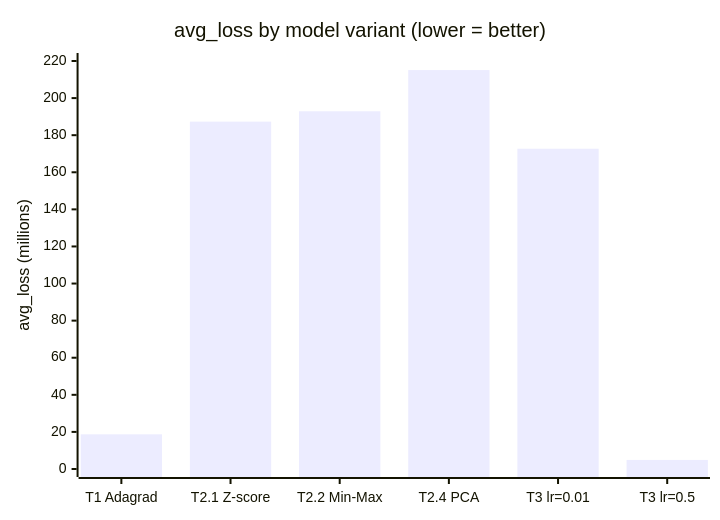
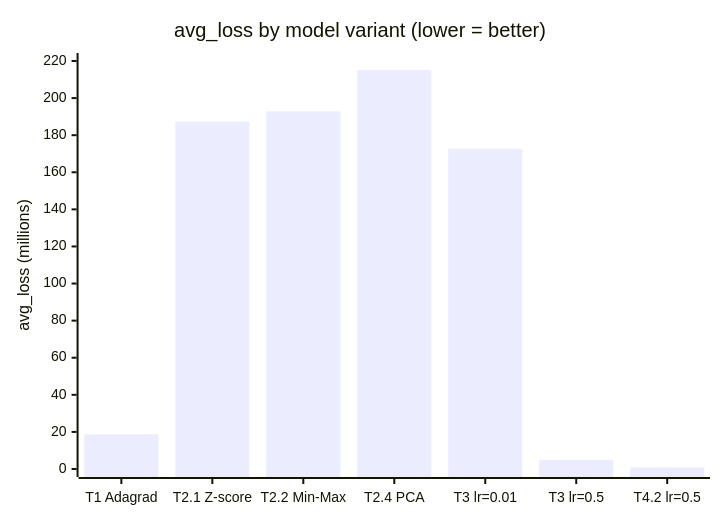
Before and after one commit to lfariabr/masters-swe-ai: the second of 2 diagrams in 2026-T1/ISY/assignments/Assessment2/ReportDraft.md, drawn with Mermaid. The commit also changed other lines of this file and 4 other files, not shown here.

````diff
--- a/2026-T1/ISY/assignments/Assessment2/ReportDraft.md
+++ b/2026-T1/ISY/assignments/Assessment2/ReportDraft.md
@@ -52,7 +52,7 @@
 ```mermaid
 xychart-beta
     title "avg_loss by model variant (lower = better)"
-    x-axis ["T1 Adagrad", "T2.1 Z-score", "T2.2 Min-Max", "T2.4 PCA", "T3 lr=0.01", "T3 lr=0.5"]
+    x-axis ["T1 Adagrad", "T2.1 Z-score", "T2.2 Min-Max", "T2.4 PCA", "T3 lr=0.01", "T3 lr=0.5", "T4.2 lr=0.5"]
     y-axis "avg_loss (millions)" 0 --> 220
-    bar [18.7, 187.3, 192.9, 215.1, 172.7, 4.9]
+    bar [18.7, 187.3, 192.9, 215.1, 172.7, 4.9, 0.836]
 ```
````
